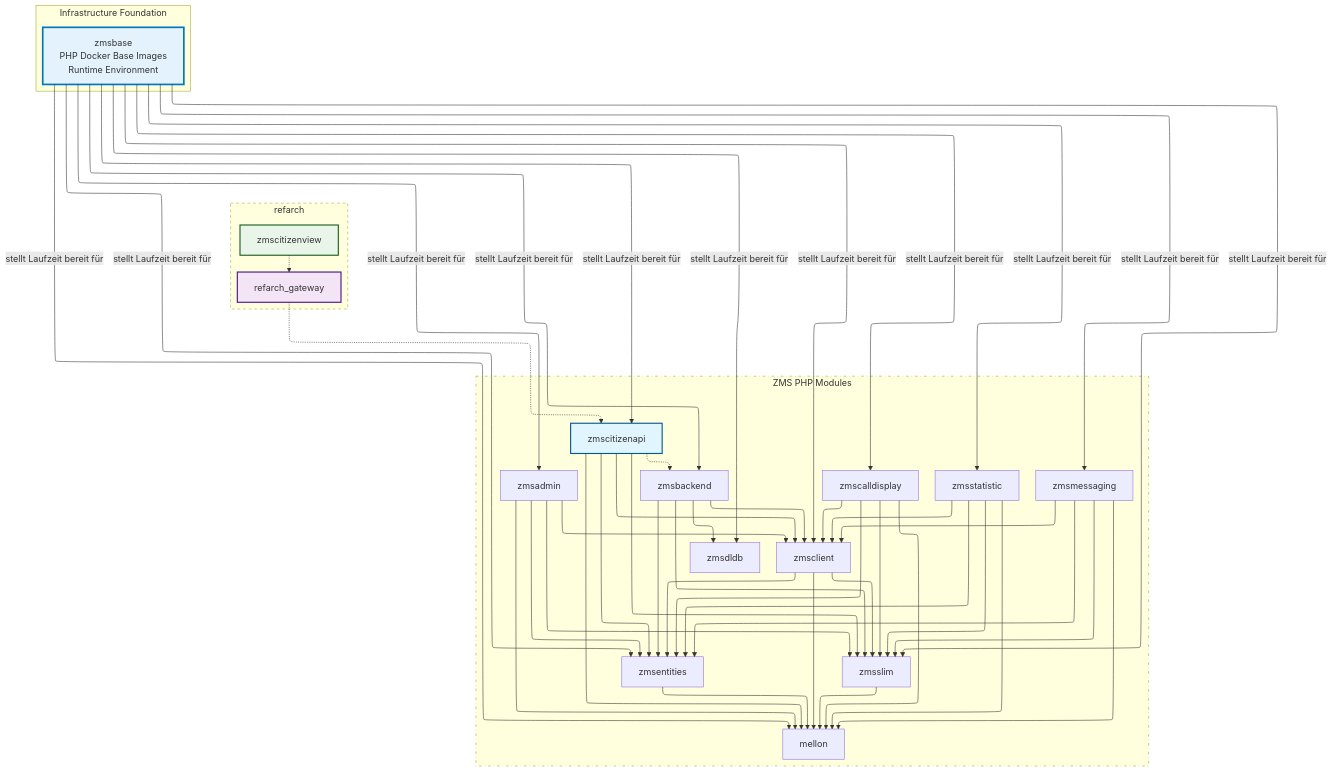
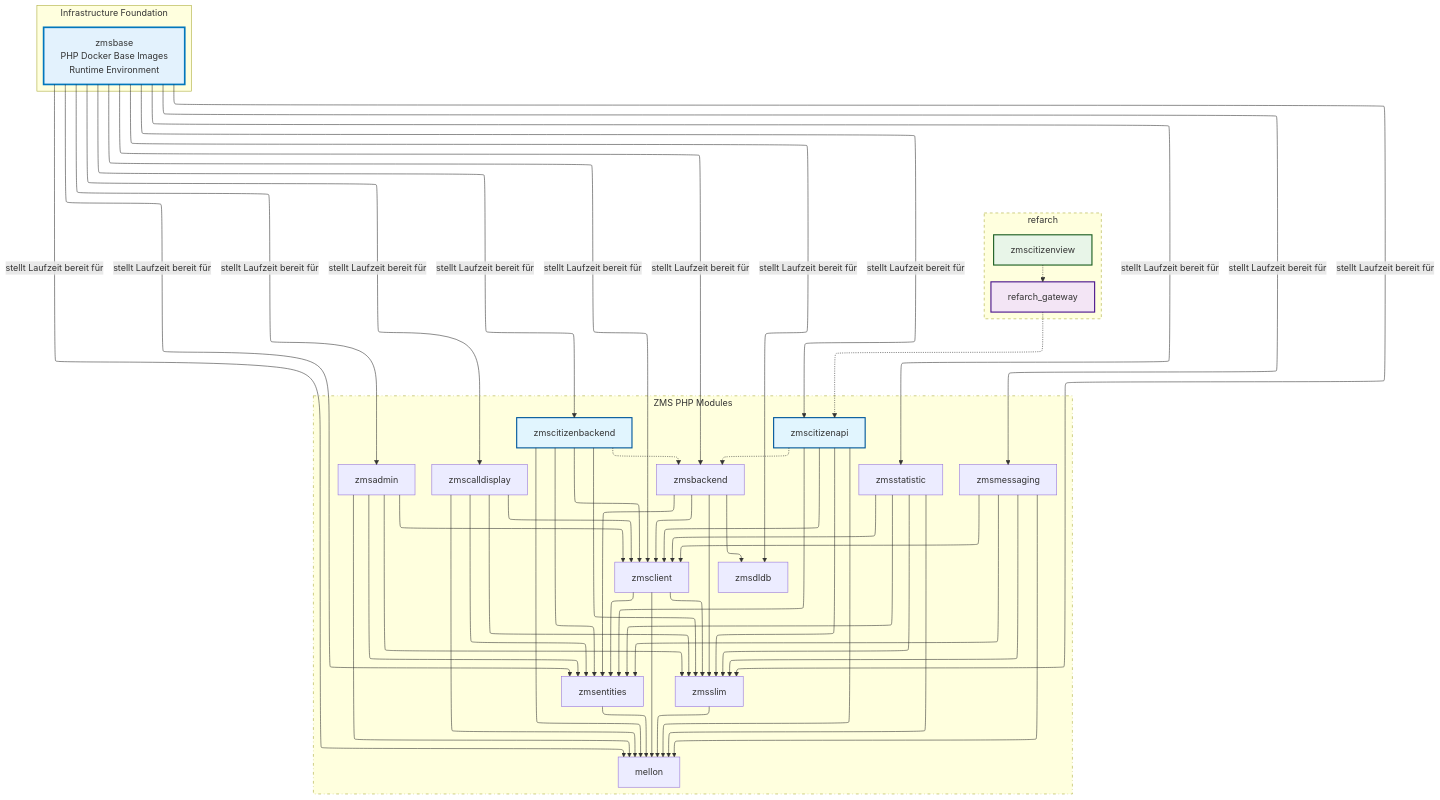
Before and after one commit to it-at-m/eappointment: the diagram in docs/de/setup-and-development/php-base-images.md, drawn with Mermaid. The commit also changed 27 other files, not shown here.

````diff
--- a/docs/de/setup-and-development/php-base-images.md
+++ b/docs/de/setup-and-development/php-base-images.md
@@ -91,7 +91,13 @@
     zmscitizenapi --> zmsclient
     zmscitizenapi --> zmsentities
 
+    zmscitizenbackend --> mellon
+    zmscitizenbackend --> zmsslim
+    zmscitizenbackend --> zmsclient
+    zmscitizenbackend --> zmsentities
+
     zmscitizenapi -.-> zmsbackend
+    zmscitizenbackend -.-> zmsbackend
     refarch_gateway -.-> zmscitizenapi
     zmscitizenview -.-> refarch_gateway
 
@@ -106,6 +112,7 @@
     PHPBASE -->|stellt Laufzeit bereit für| zmsdldb
     PHPBASE -->|stellt Laufzeit bereit für| mellon
     PHPBASE -->|stellt Laufzeit bereit für| zmscitizenapi
+    PHPBASE -->|stellt Laufzeit bereit für| zmscitizenbackend
 
     subgraph refarch["refarch"]
         style refarch stroke-dasharray:5
@@ -126,6 +133,7 @@
         zmsdldb
         mellon
         zmscitizenapi
+        zmscitizenbackend
     end
 
     classDef foundation fill:#e3f2fd,stroke:#0277bd,stroke-width:3px
@@ -134,7 +142,7 @@
     classDef citizenview fill:#e8f5e8,stroke:#1b5e20,stroke-width:2px
 
     class PHPBASE foundation
-    class zmscitizenapi citizenapi
+    class zmscitizenapi,zmscitizenbackend citizenapi
     class refarch_gateway gateway
     class zmscitizenview citizenview
 ```
````
